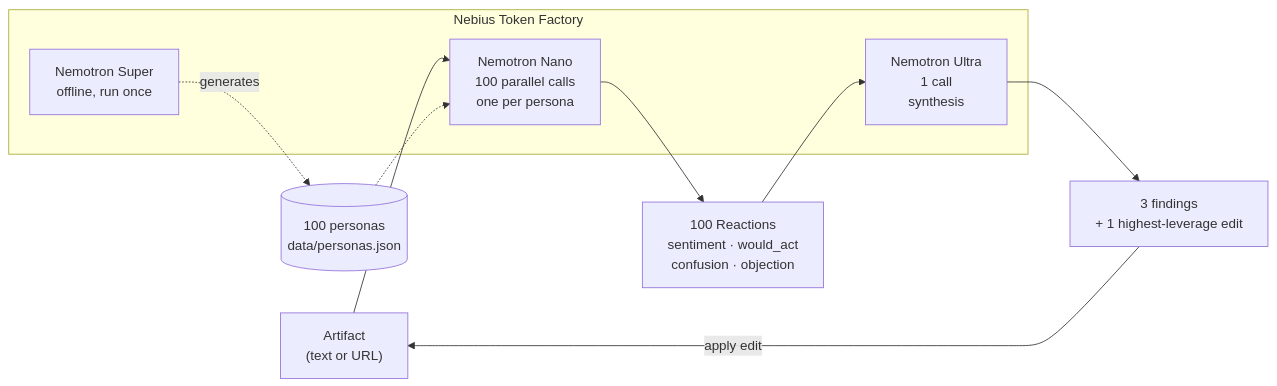
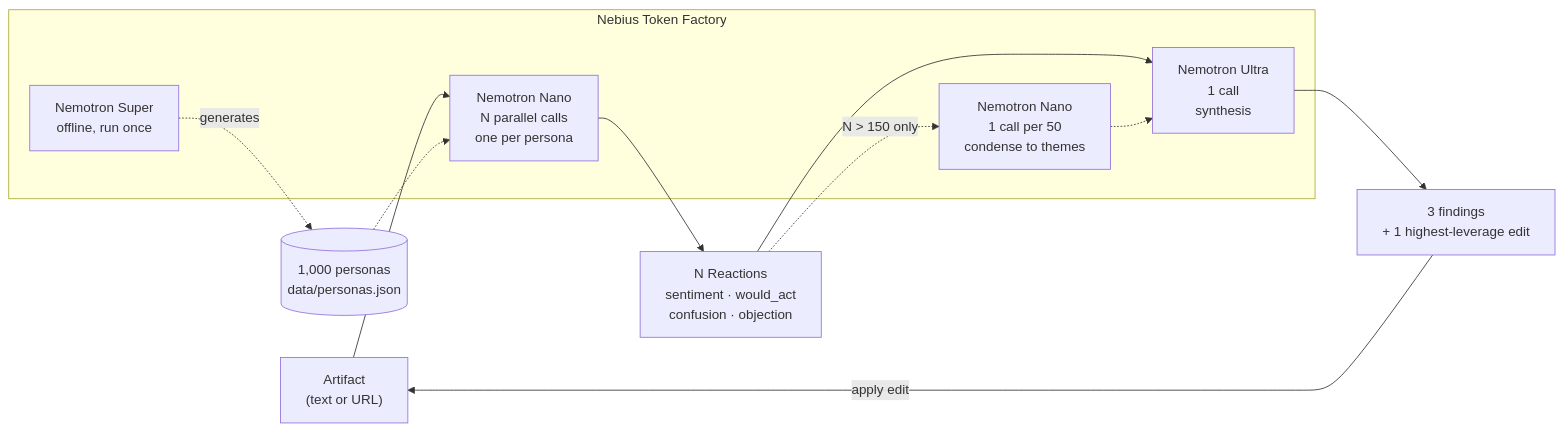
One commit to scottilee/panel changed the diagram in README.md. Above: the diagram before and after it, drawn with Mermaid. The commit also changed other lines of this file and 31 other files, not shown here.

````diff
--- a/README.md
+++ b/README.md
@@ -32,17 +33,21 @@
 ```mermaid
 flowchart LR
-    A["Artifact<br/>(text or URL)"] --> B["Nemotron Nano<br/>100 parallel calls<br/>one per persona"]
-    B --> C["100 Reactions<br/>sentiment · would_act<br/>confusion · objection"]
+    A["Artifact<br/>(text or URL)"] --> B["Nemotron Nano<br/>N parallel calls<br/>one per persona"]
+    B --> C["N Reactions<br/>sentiment · would_act<br/>confusion · objection"]
     C --> D["Nemotron Ultra<br/>1 call<br/>synthesis"]
     D --> E["3 findings<br/>+ 1 highest-leverage edit"]
     E -->|"apply edit"| A
 
-    F["Nemotron Super<br/>offline, run once"] -.->|"generates"| G[("100 personas<br/>data/personas.json")]
+    C -. "N > 150 only" .-> H["Nemotron Nano<br/>1 call per 50<br/>condense to themes"]
+    H -.-> D
+
+    F["Nemotron Super<br/>offline, run once"] -.->|"generates"| G[("1,000 personas<br/>data/personas.json")]
     G -.-> B
 
     subgraph TF["Nebius Token Factory"]
         B
         D
         F
+        H
     end
 ```
````
